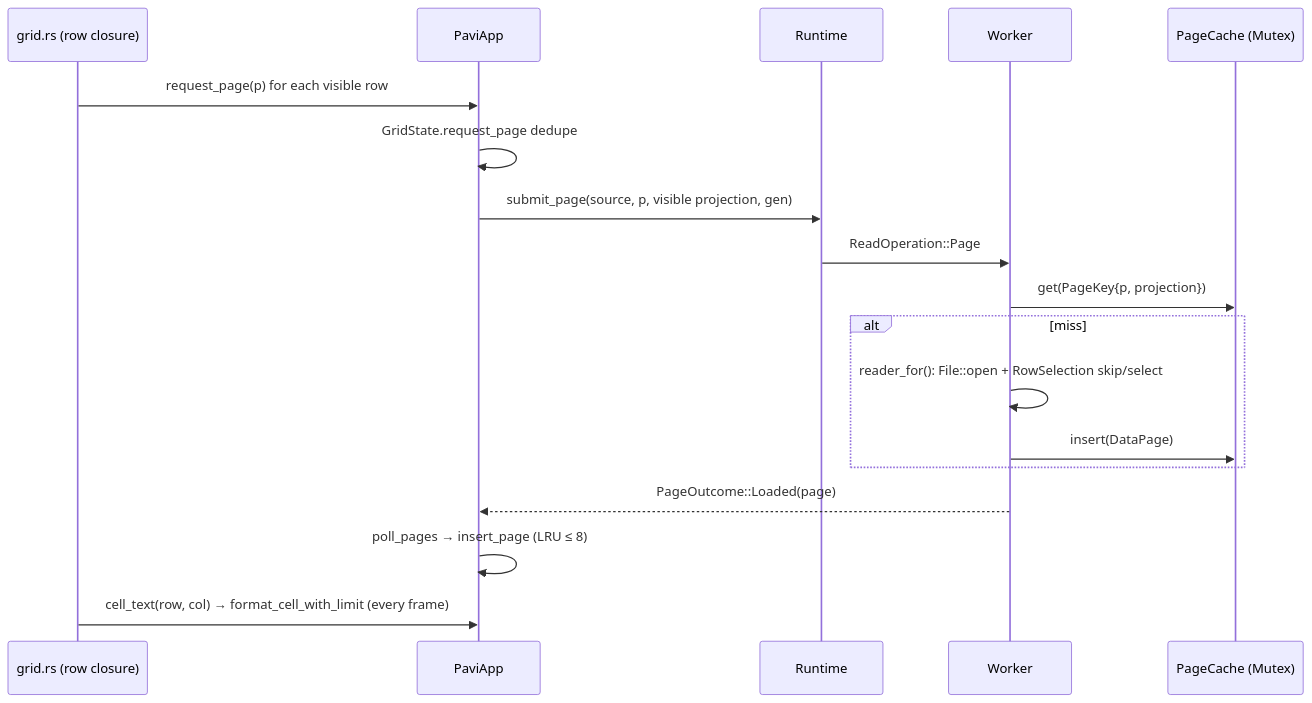
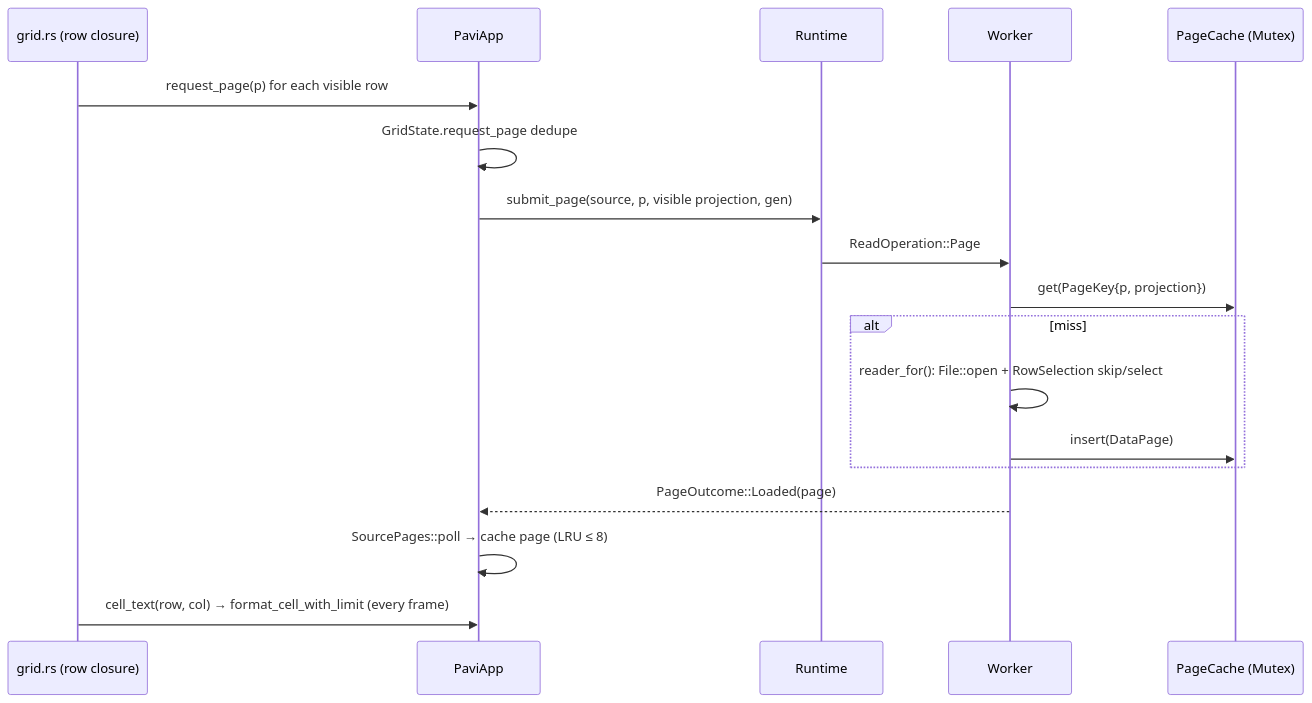
One commit to elshanhsynv/pavi changed the third of 11 diagrams in docs/ARCHITECTURE.md. Above: the diagram before and after it, drawn with Mermaid. The commit also changed other lines of this file and 12 other files, not shown here.

````diff
--- a/docs/ARCHITECTURE.md
+++ b/docs/ARCHITECTURE.md
@@ -288,20 +291,20 @@
 ```mermaid
 sequenceDiagram
     participant G as grid.rs (row closure)
     participant A as PaviApp
     participant RT as Runtime
     participant W as Worker
     participant C as PageCache (Mutex)
     G->>A: request_page(p) for each visible row
     A->>A: GridState.request_page dedupe
     A->>RT: submit_page(source, p, visible projection, gen)
     RT->>W: ReadOperation::Page
     W->>C: get(PageKey{p, projection})
     alt miss
         W->>W: reader_for(): File::open + RowSelection skip/select
         W->>C: insert(DataPage)
     end
     W-->>A: PageOutcome::Loaded(page)
-    A->>A: poll_pages → insert_page (LRU ≤ 8)
+    A->>A: SourcePages::poll → cache page (LRU ≤ 8)
     G->>A: cell_text(row, col) → format_cell_with_limit (every frame)
 ```
````
